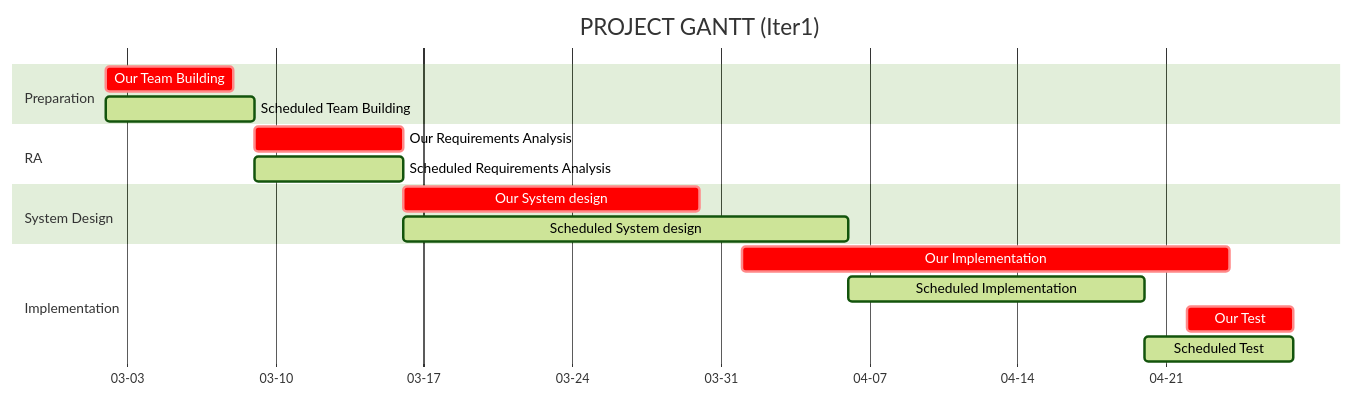
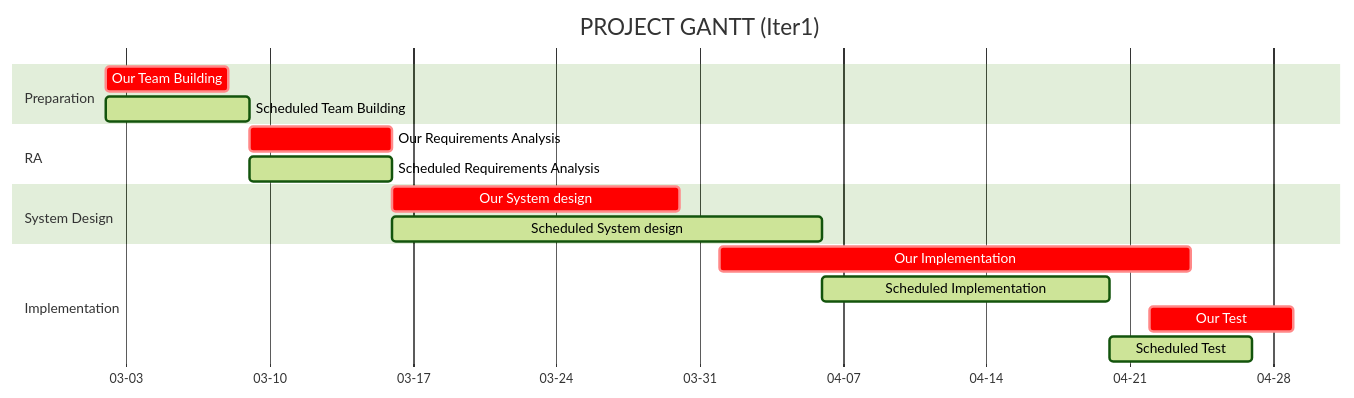
One commit to zkc3783/dream-share-discover changed the diagram in CALENDER.md. Above: the diagram before and after it, drawn with Mermaid (forest theme).

Commit message:
gantt updated

````diff
--- a/CALENDER.md
+++ b/CALENDER.md
@@ -9,20 +9,20 @@
 ```mermaid
 gantt
 dateFormat MM-DD
 axisFormat %m-%d
 title PROJECT GANTT (Iter1)
 section Preparation
 Our Team Building: crit, a1, 03-02, 6d
 Scheduled Team Building: active, a3, 03-02, 7d
 section RA
 Our Requirements Analysis: crit, 03-09 , 7d
 Scheduled Requirements Analysis: active, 03-09, 7d
 section System Design
 Our System design: crit, 03-16, 14d
 Scheduled System design: active, 03-16, 21d
 section Implementation
 Our Implementation: crit, 04-01, 23d
 Scheduled Implementation: active, 04-06, 14d
-Our Test: crit, 04-22, 5d
+Our Test: crit, 04-22, 7d
 Scheduled Test: active, 04-20, 7d
 ```
````
